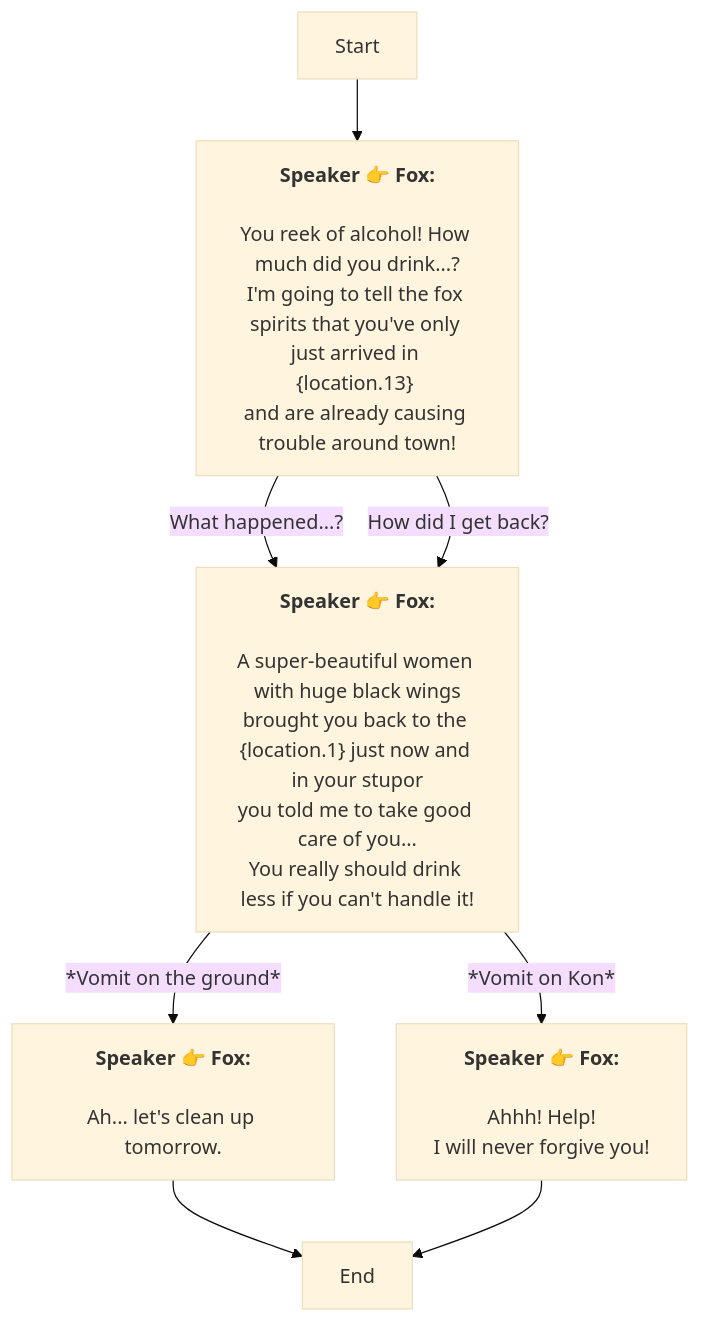
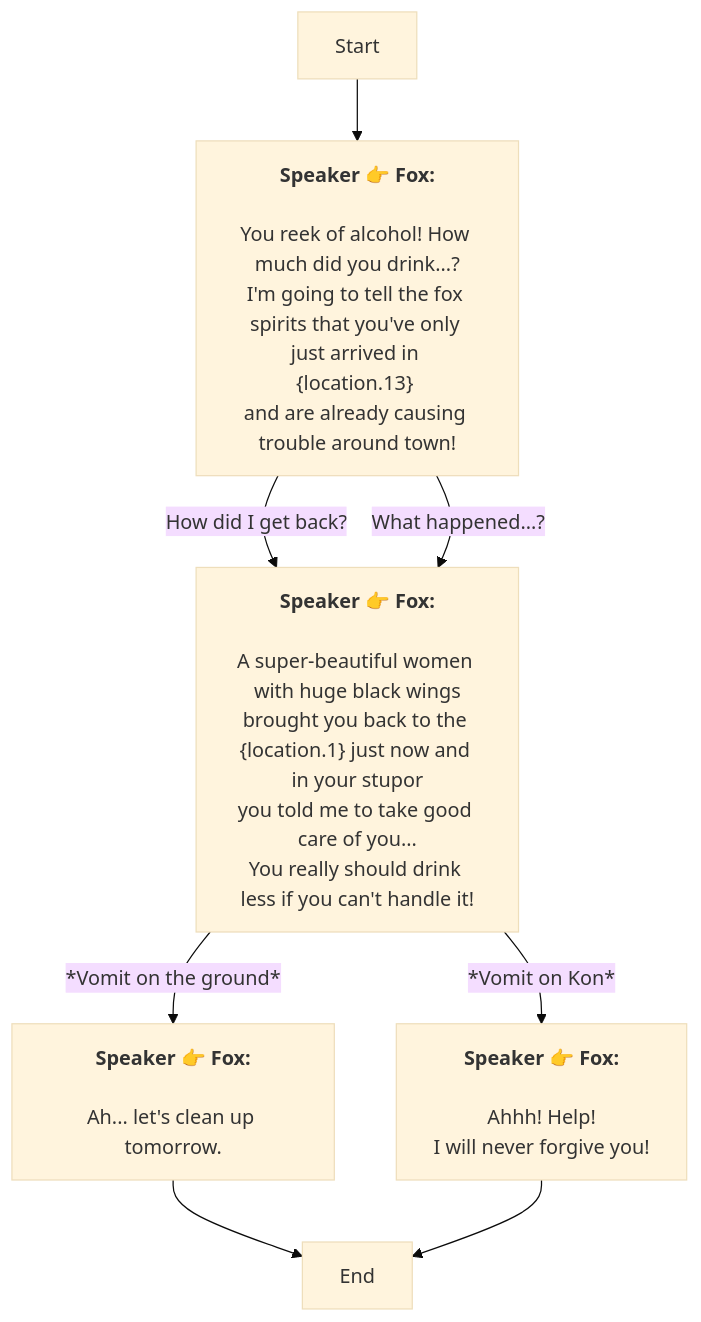
One commit to SoftHu/tos_avg changed the diagram in En/QuestStartTalkENode_1752687021596434.md. Above: the diagram before and after it, drawn with Mermaid (base theme). The commit also changed other lines of this file and 780 other files, not shown here.

````diff
--- a/En/QuestStartTalkENode_1752687021596434.md
+++ b/En/QuestStartTalkENode_1752687021596434.md
@@ -1,23 +1,23 @@
 ```mermaid
 graph
 Start -->1752687201954582[<b>Speaker 👉 Fox:</b>
 \nYou reek of alcohol! How much did you drink...?
 I'm going to tell the fox spirits that you've only just arrived in &lbrace;location.13&rbrace; 
 and are already causing trouble around town!]
+1752687201954582 -->|How did I get back?|1752687277469468[<b>Speaker 👉 Fox:</b>
+\nA super-beautiful women with huge black wings
+brought you back to the &lbrace;location.1&rbrace; just now and in your stupor
+you told me to take good care of you...\nYou really should drink less if you can't handle it!]
 1752687201954582 -->|What happened...?|1752687277469468[<b>Speaker 👉 Fox:</b>
 \nA super-beautiful women with huge black wings
 brought you back to the &lbrace;location.1&rbrace; just now and in your stupor
 you told me to take good care of you...\nYou really should drink less if you can't handle it!]
-1752687201954582 -->|How did I get back?|1752687277469468[<b>Speaker 👉 Fox:</b>
-\nA super-beautiful women with huge black wings
-brought you back to the &lbrace;location.1&rbrace; just now and in your stupor
-you told me to take good care of you...\nYou really should drink less if you can't handle it!]
-1752687277469468 -->|*Vomit on the ground*|1752687518832418[<b>Speaker 👉 Fox:</b>
-\nAh... let's clean up tomorrow.]
 1752687277469468 -->|*Vomit on Kon*|1752687530644259[<b>Speaker 👉 Fox:</b>
 \nAhhh! Help!
 I will never forgive you!]
+1752687277469468 -->|*Vomit on the ground*|1752687518832418[<b>Speaker 👉 Fox:</b>
+\nAh... let's clean up tomorrow.]
 1752687518832418 -->1752687575909156[End]
 1752687530644259 -->1752687575909156[End]
 
 ```
````
